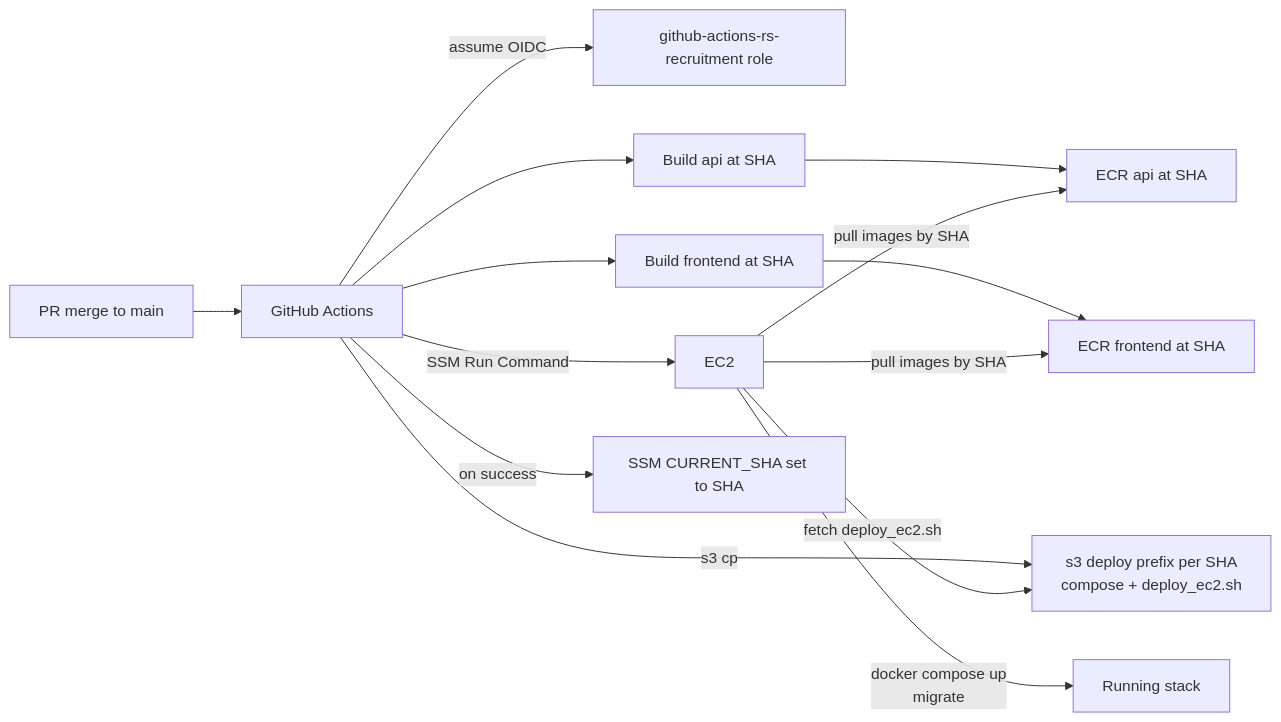
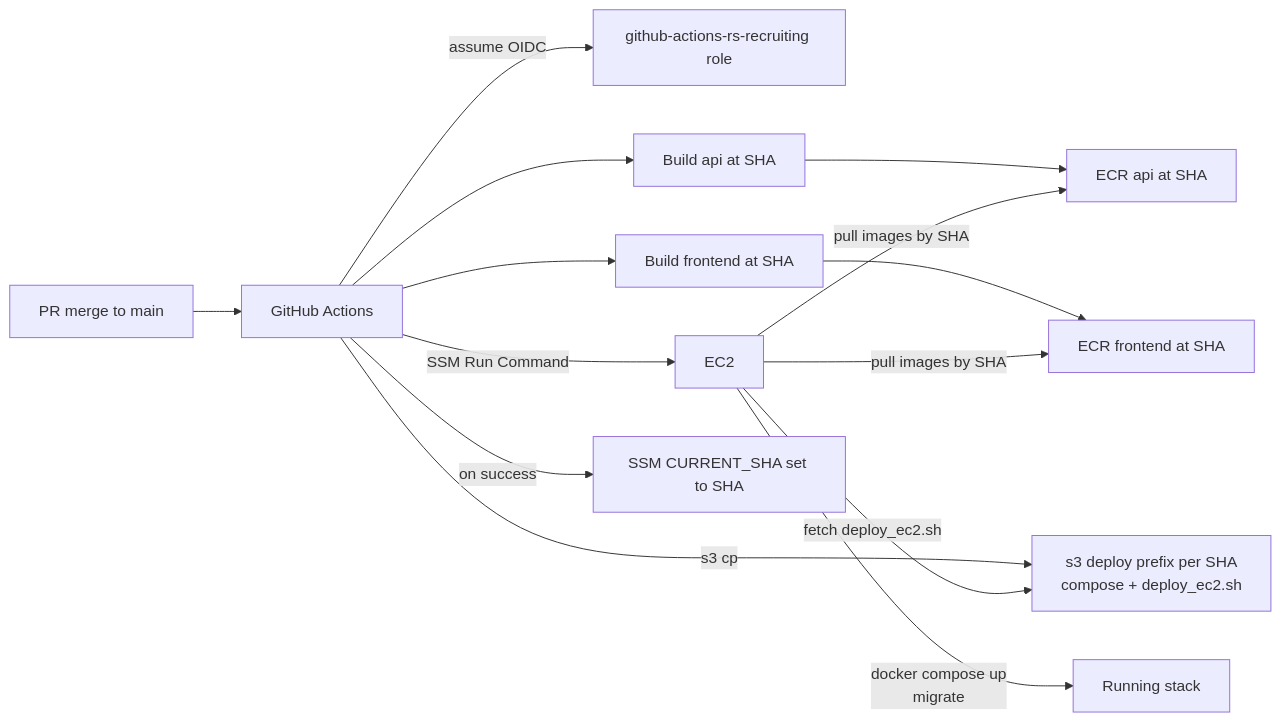
The second of 2 diagrams in docs/INFRASTRUCTURE.md (lahavrud/rs-recruitment), drawn with Mermaid before and after one commit. The commit also changed other lines of this file and 6 other files, not shown here.

Commit message:
chore: fix rs-recruitment typo to rs-recruiting across docs and scripts

````diff
--- a/docs/INFRASTRUCTURE.md
+++ b/docs/INFRASTRUCTURE.md
@@ -118,14 +118,14 @@
 ```mermaid
 flowchart LR
   PR["PR merge to main"] --> CI["GitHub Actions"]
-  CI -->|assume OIDC| AWS["github-actions-rs-recruitment role"]
+  CI -->|assume OIDC| AWS["github-actions-rs-recruiting role"]
   CI --> B1["Build api at SHA"] --> ECR1["ECR api at SHA"]
   CI --> B2["Build frontend at SHA"] --> ECR2["ECR frontend at SHA"]
   CI -->|"s3 cp"| S3["s3 deploy prefix per SHA<br/>compose + deploy_ec2.sh"]
   CI -->|"SSM Run Command"| EC2["EC2"]
   EC2 -->|"fetch deploy_ec2.sh"| S3
   EC2 -->|"pull images by SHA"| ECR1
   EC2 -->|"pull images by SHA"| ECR2
   EC2 -->|"docker compose up<br/>migrate"| running["Running stack"]
   CI -->|"on success"| SHA_PARAM["SSM CURRENT_SHA set to SHA"]
 ```
````
